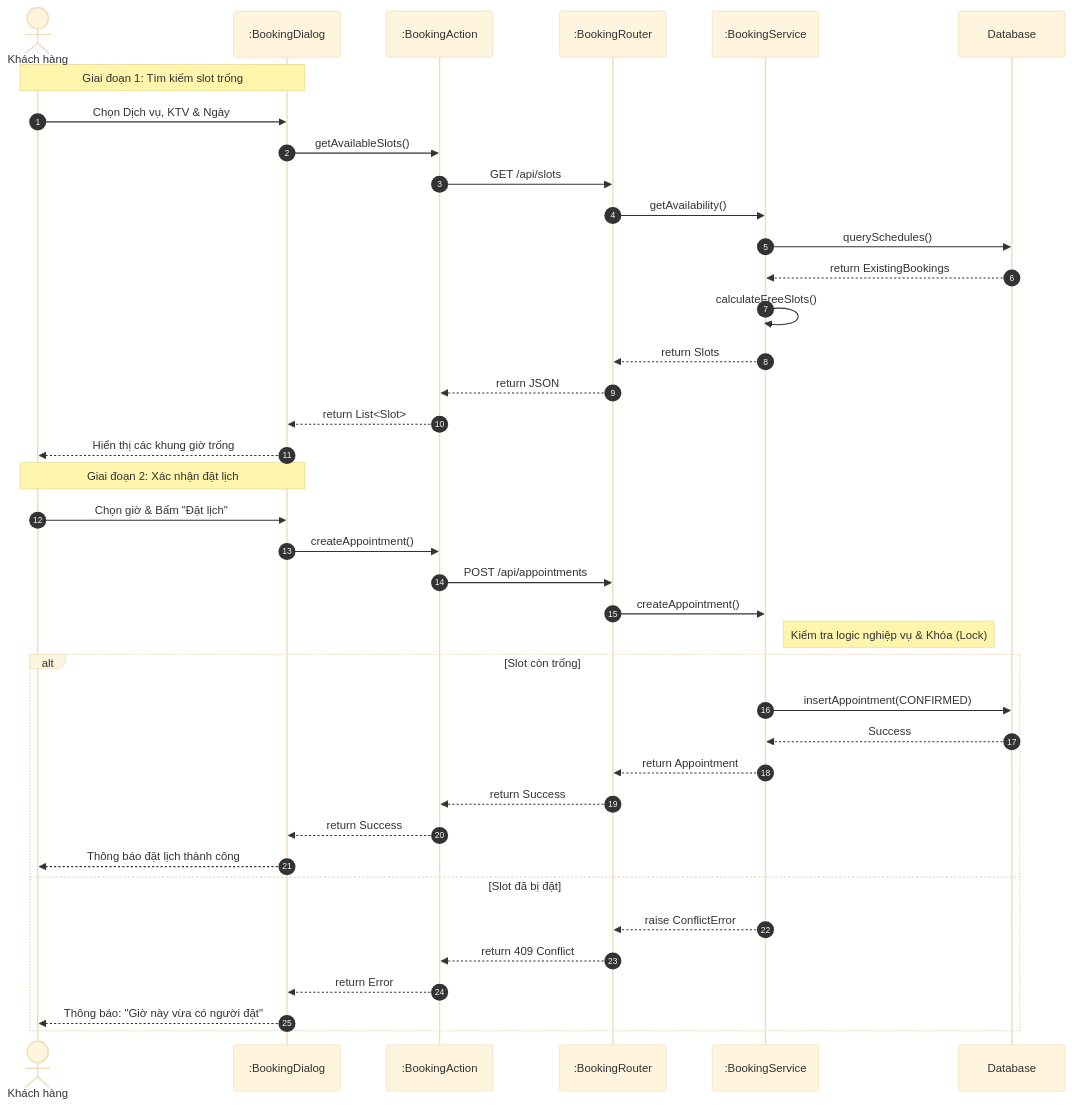
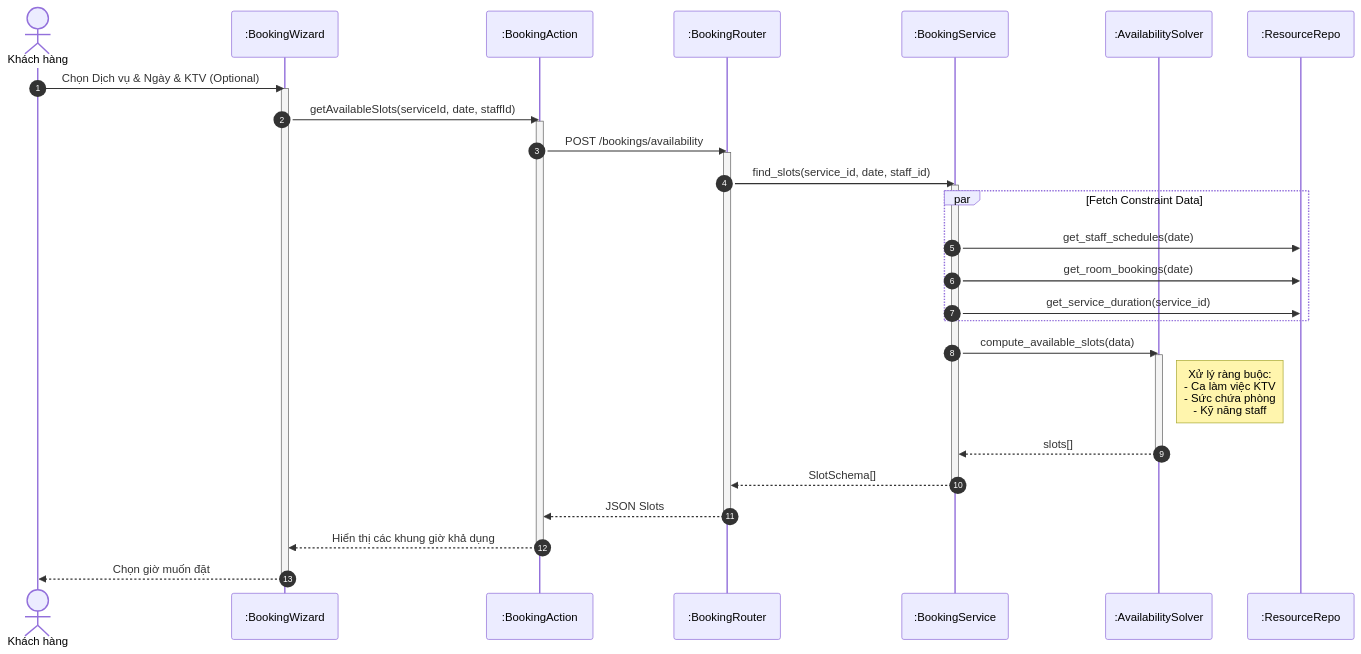
Before and after one commit to ngoctinn/Synapse: the eighth of 19 diagrams in docs/design/sequence_diagrams.md, drawn with Mermaid. The commit also changed other lines of this file and 1 other file, not shown here.

Commit message:
docs: Add sequence diagrams detailing authentication and customer booking flows.

````diff
--- a/docs/design/sequence_diagrams.md
+++ b/docs/design/sequence_diagrams.md
@@ -8,50 +324,41 @@
 ```mermaid
-%%{init: {'theme': 'base', 'themeVariables': { 'fontFamily': 'Times New Roman'}}}%%
 sequenceDiagram
     autonumber
-    actor User as Khách hàng
-    participant View as :BookingDialog
-    participant Action as :BookingAction
-    participant Router as :BookingRouter
-    participant Service as :BookingService
-    participant DB as Database
+    actor KH as Khách hàng
+    participant UI as :BookingWizard
+    participant BFF as :BookingAction
+    participant API as :BookingRouter
+    participant S as :BookingService
+    participant SOLVER as :AvailabilitySolver
+    participant DB as :ResourceRepo
 
-    Note over User, View: Giai đoạn 1: Tìm kiếm slot trống
+    KH->>UI: Chọn Dịch vụ & Ngày & KTV (Optional)
+    activate UI
+    UI->>BFF: getAvailableSlots(serviceId, date, staffId)
+    activate BFF
+    BFF->>API: POST /bookings/availability
+    activate API
+    API->>S: find_slots(service_id, date, staff_id)
+    activate S
 
-    User->>View: Chọn Dịch vụ, KTV & Ngày
-    View->>Action: getAvailableSlots()
-    Action->>Router: GET /api/slots
-    Router->>Service: getAvailability()
-    Service->>DB: querySchedules()
-    DB-->>Service: return ExistingBookings
+    par Fetch Constraint Data
+        S->>DB: get_staff_schedules(date)
+        S->>DB: get_room_bookings(date)
+        S->>DB: get_service_duration(service_id)
+    end
 
-    Service->>Service: calculateFreeSlots()
+    S->>SOLVER: compute_available_slots(data)
+    activate SOLVER
+    note right of SOLVER: Xử lý ràng buộc:<br/>- Ca làm việc KTV<br/>- Sức chứa phòng<br/>- Kỹ năng staff
+    SOLVER-->>S: slots[]
+    deactivate SOLVER
 
-    Service-->>Router: return Slots
-    Router-->>Action: return JSON
-    Action-->>View: return List<Slot>
-    View-->>User: Hiển thị các khung giờ trống
-
-    Note over User, View: Giai đoạn 2: Xác nhận đặt lịch
-
-    User->>View: Chọn giờ & Bấm "Đặt lịch"
-    View->>Action: createAppointment()
-    Action->>Router: POST /api/appointments
-    Router->>Service: createAppointment()
-
-    Note right of Service: Kiểm tra logic nghiệp vụ & Khóa (Lock)
-
-    alt Slot còn trống
-        Service->>DB: insertAppointment(CONFIRMED)
-        DB-->>Service: Success
-        Service-->>Router: return Appointment
-        Router-->>Action: return Success
-        Action-->>View: return Success
-        View-->>User: Thông báo đặt lịch thành công
-    else Slot đã bị đặt
-        Service-->>Router: raise ConflictError
-        Router-->>Action: return 409 Conflict
-        Action-->>View: return Error
-        View-->>User: Thông báo: "Giờ này vừa có người đặt"
-    end
+    S-->>API: SlotSchema[]
+    deactivate S
+    API-->>BFF: JSON Slots
+    deactivate API
+    BFF-->>UI: Hiển thị các khung giờ khả dụng
+    deactivate BFF
+    UI-->>KH: Chọn giờ muốn đặt
+    deactivate UI
 ```
````
